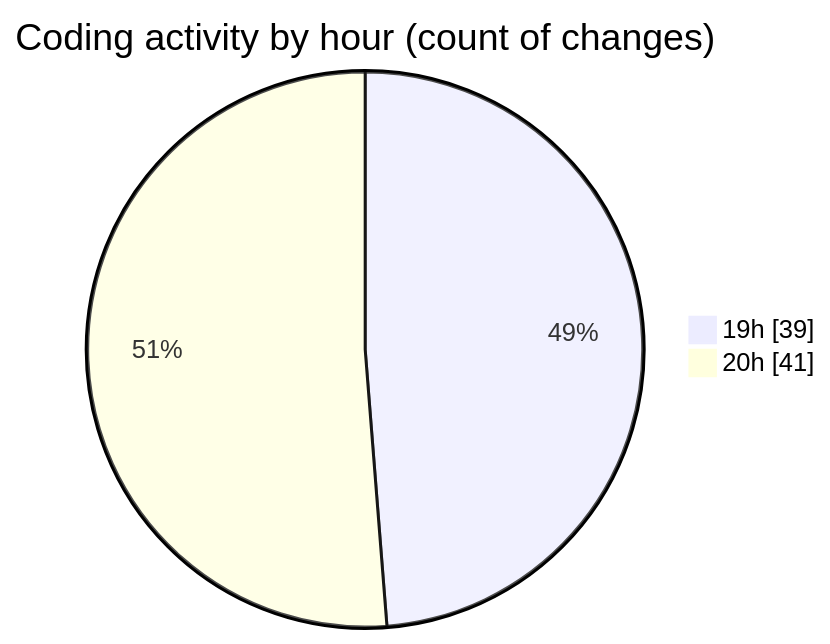
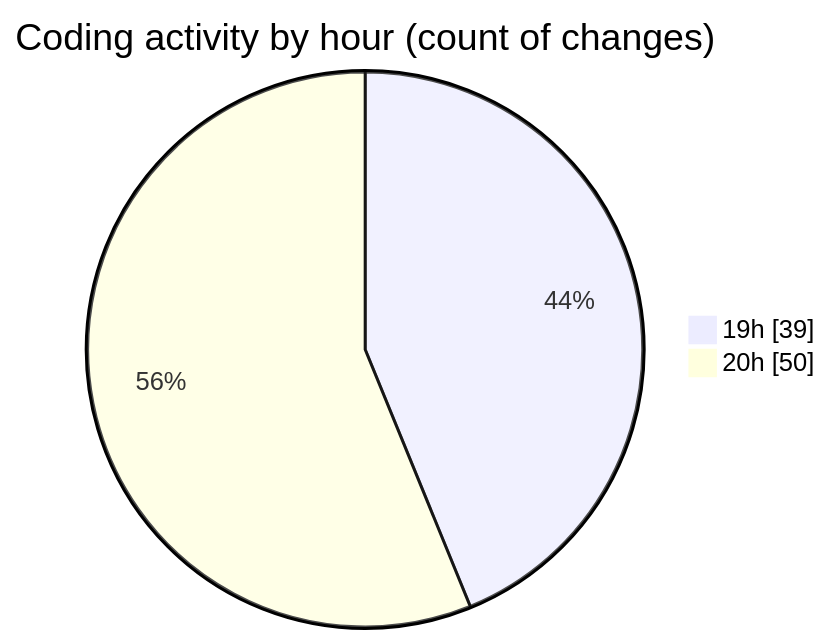
One commit to momahboobian/code-tracking changed the second of 2 diagrams in 2026-06-16/cda/README.md. Above: the diagram before and after it, drawn with Mermaid. The commit also changed other lines of this file and 1 other file, not shown here.

````diff
--- a/2026-06-16/cda/README.md
+++ b/2026-06-16/cda/README.md
@@ -57,6 +58,6 @@
 ```mermaid
 pie showData
 title Coding activity by hour (count of changes)
 "19h" : 39
-"20h" : 41
+"20h" : 50
 ```
````
